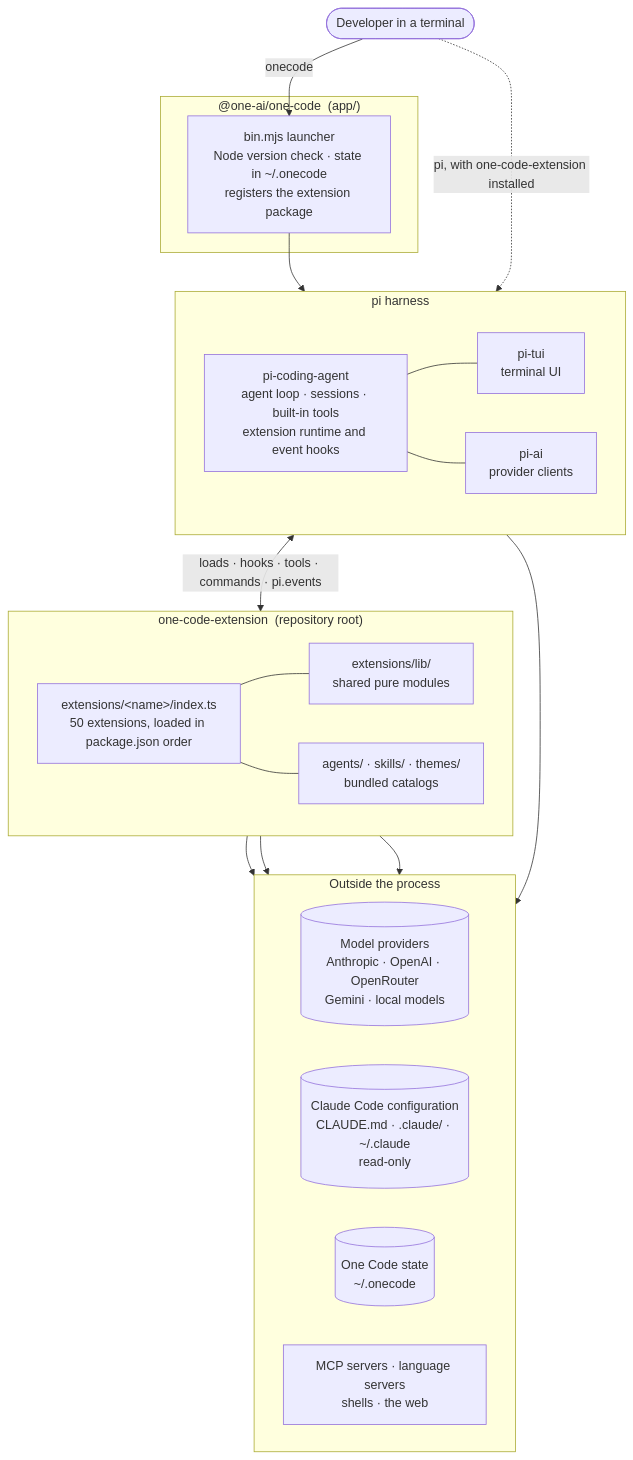
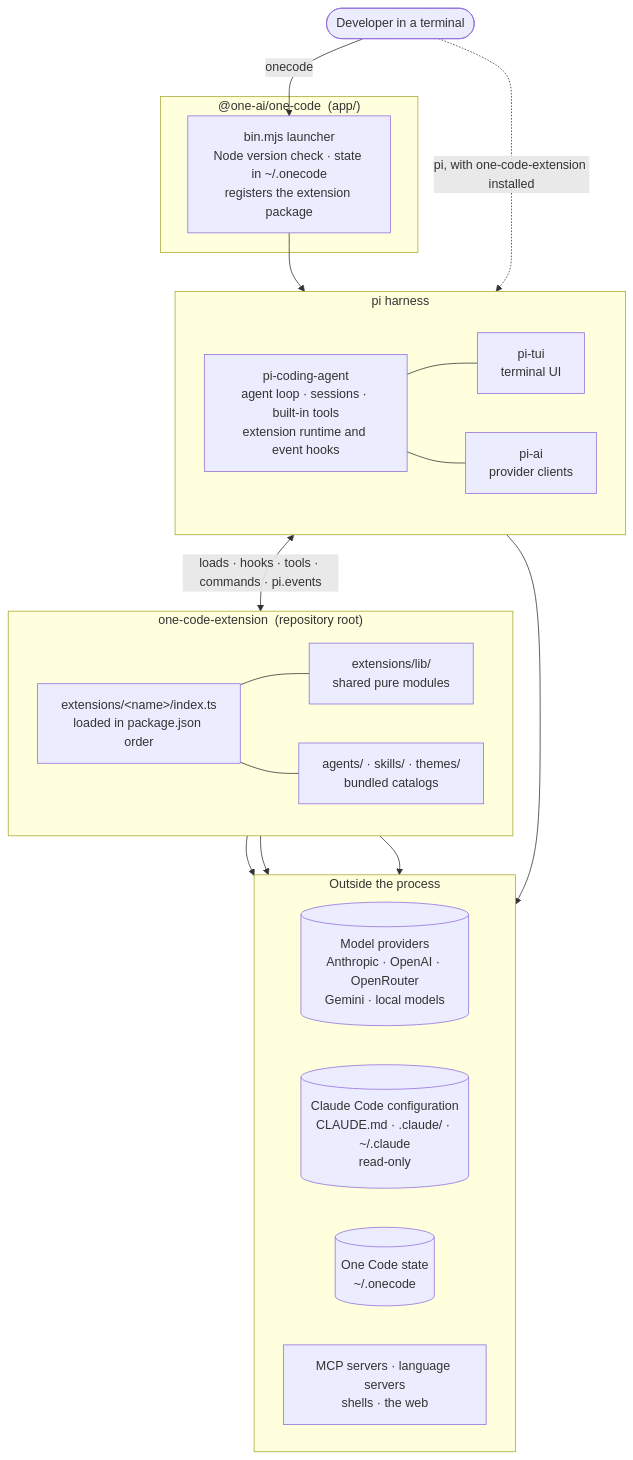
One commit to IsuruMaduranga/one-code changed the first of 7 diagrams in docs/dev/architecture.md. Above: the diagram before and after it, drawn with Mermaid. The commit also changed other lines of this file and 3 other files, not shown here.

````diff
--- a/docs/dev/architecture.md
+++ b/docs/dev/architecture.md
@@ -30,42 +30,42 @@
 ```mermaid
 flowchart TB
     user(["Developer in a terminal"])
 
     subgraph appPkg["@one-ai/one-code &nbsp;(app/)"]
         bin["bin.mjs launcher<br/>Node version check · state in ~/.onecode<br/>registers the extension package"]
     end
 
     subgraph piPkg["pi harness"]
         direction LR
         tui["pi-tui<br/>terminal UI"]
         core["pi-coding-agent<br/>agent loop · sessions · built-in tools<br/>extension runtime and event hooks"]
         ai["pi-ai<br/>provider clients"]
     end
 
     subgraph extPkg["one-code-extension &nbsp;(repository root)"]
         direction LR
-        exts["extensions/&lt;name&gt;/index.ts<br/>50 extensions, loaded in package.json order"]
+        exts["extensions/&lt;name&gt;/index.ts<br/>loaded in package.json order"]
         lib["extensions/lib/<br/>shared pure modules"]
         catalogs["agents/ · skills/ · themes/<br/>bundled catalogs"]
     end
 
     subgraph outside["Outside the process"]
         direction LR
         providers[("Model providers<br/>Anthropic · OpenAI · OpenRouter<br/>Gemini · local models")]
         claudeCfg[("Claude Code configuration<br/>CLAUDE.md · .claude/ · ~/.claude<br/>read-only")]
         ownState[("One Code state<br/>~/.onecode")]
         external["MCP servers · language servers<br/>shells · the web"]
     end
 
     user -->|onecode| bin --> core
     user -.->|"pi, with one-code-extension installed"| core
     core --- tui
     core --- ai
     core <-->|"loads · hooks · tools · commands · pi.events"| exts
     exts --- lib
     exts --- catalogs
     ai --> providers
     exts --> claudeCfg
     exts --> ownState
     exts --> external
 ```
````
